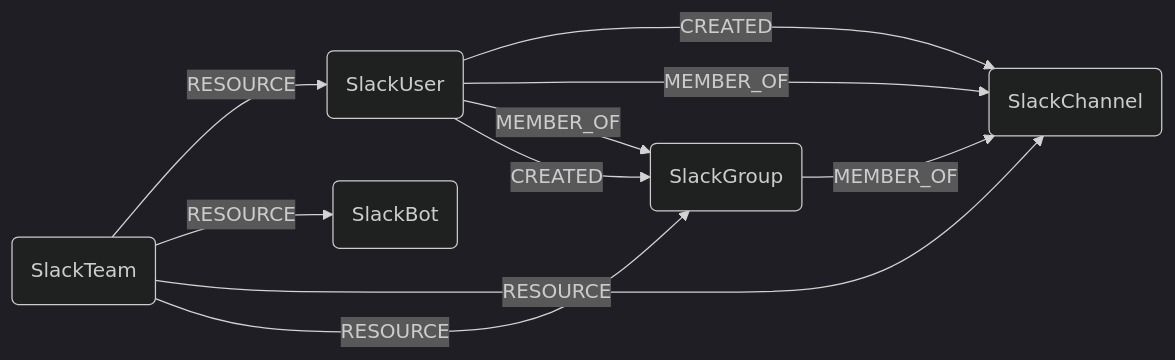
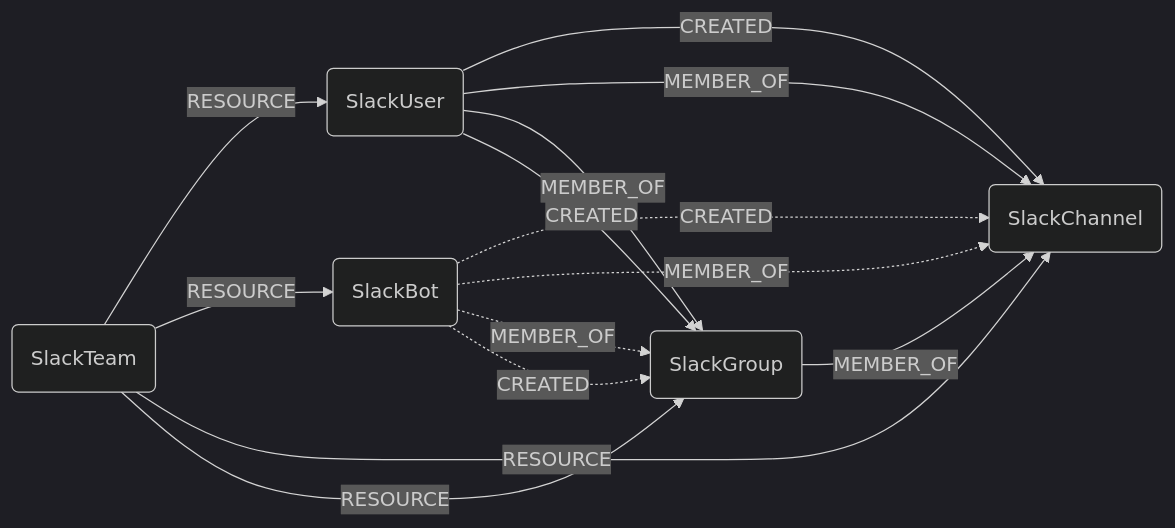
Before and after one commit to cartography-cncf/cartography: the diagram in docs/root/modules/slack/schema.md, drawn with Mermaid (dark theme). The commit also changed other lines of this file, not shown here.

First line of the commit message:
fix(slack): align diagram and relationships with backward compat note

````diff
--- a/docs/root/modules/slack/schema.md
+++ b/docs/root/modules/slack/schema.md
@@ -3,12 +3,16 @@
 ```mermaid
 graph LR
 ST(SlackTeam) -- RESOURCE --> SU(SlackUser)
 ST -- RESOURCE --> SB(SlackBot)
 ST -- RESOURCE --> SC(SlackChannel)
 ST -- RESOURCE --> SG(SlackGroup)
 SU -- CREATED --> SC
 SU -- MEMBER_OF --> SC
 SU -- MEMBER_OF --> SG
 SU -- CREATED --> SG
+SB -. CREATED .-> SC
+SB -. MEMBER_OF .-> SC
+SB -. MEMBER_OF .-> SG
+SB -. CREATED .-> SG
 SG -- MEMBER_OF --> SC
 ```
````
